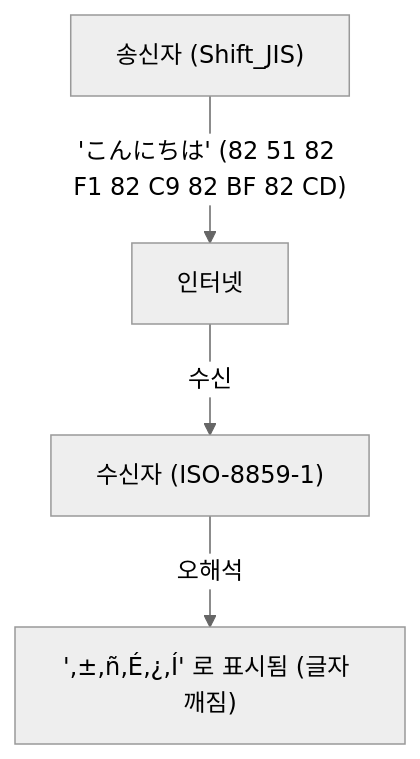
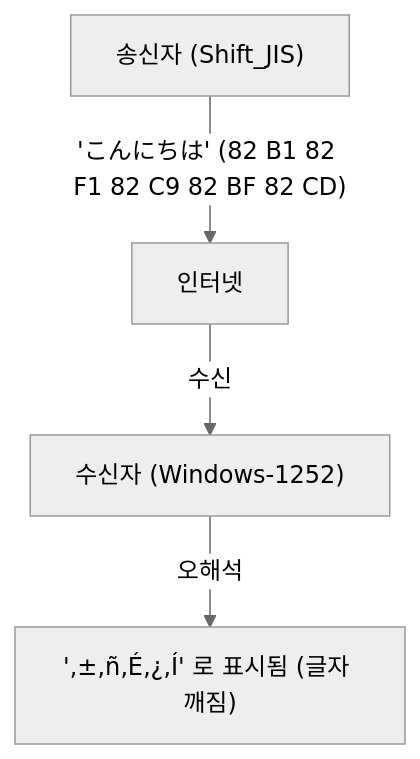
The first of 2 diagrams in content/post/history-of-unicode-encoding/index.ko.md (kenjinote/blog), drawn with Mermaid (neutral theme) before and after one commit. The commit also changed other lines of this file and 21 other files, not shown here.

````diff
--- a/content/post/history-of-unicode-encoding/index.ko.md
+++ b/content/post/history-of-unicode-encoding/index.ko.md
@@ -34,6 +35,6 @@
 ```mermaid
 graph TD
-    A["송신자 (Shift_JIS)"] -- "'こんにちは' (82 51 82 F1 82 C9 82 BF 82 CD)" --> B["인터넷"]
-    B -- "수신" --> C["수신자 (ISO-8859-1)"]
+    A["송신자 (Shift_JIS)"] -- "'こんにちは' (82 B1 82 F1 82 C9 82 BF 82 CD)" --> B["인터넷"]
+    B -- "수신" --> C["수신자 (Windows-1252)"]
     C -- "오해석" --> D["'‚±‚ñ‚É‚¿‚Í' 로 표시됨 (글자 깨짐)"]
 ```
````
